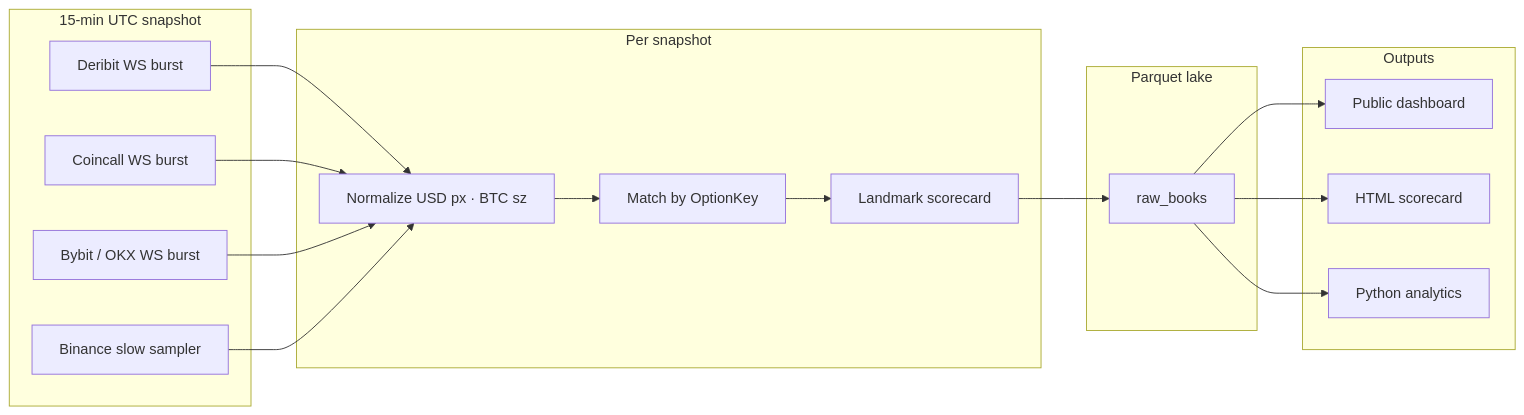
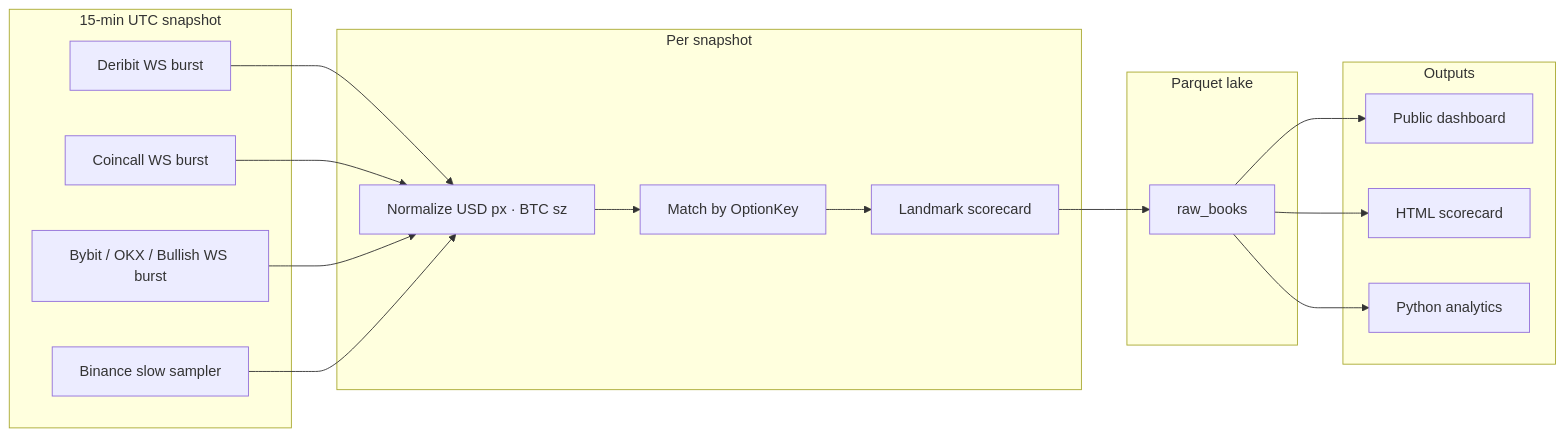
Before and after one commit to Rick987-beep/CryoBookQ: the diagram in README.md, drawn with Mermaid. The commit also changed other lines of this file and 18 other files, not shown here.

````diff
--- a/README.md
+++ b/README.md
@@ -51,30 +52,30 @@
 ```mermaid
 flowchart LR
   subgraph capture [15-min UTC snapshot]
     D[Deribit WS burst]
     C[Coincall WS burst]
-    B[Bybit / OKX WS burst]
+    B[Bybit / OKX / Bullish WS burst]
     N[Binance slow sampler]
   end
   subgraph pipe [Per snapshot]
     Norm[Normalize USD px · BTC sz]
     Match[Match by OptionKey]
     Score[Landmark scorecard]
   end
   subgraph store [Parquet lake]
     Raw[raw_books]
   end
   subgraph surface [Outputs]
     Hub[Public dashboard]
     Report[HTML scorecard]
     Lib[Python analytics]
   end
   D --> Norm
   C --> Norm
   B --> Norm
   N --> Norm
   Norm --> Match --> Score --> Raw
   Raw --> Hub
   Raw --> Report
   Raw --> Lib
 ```
````
